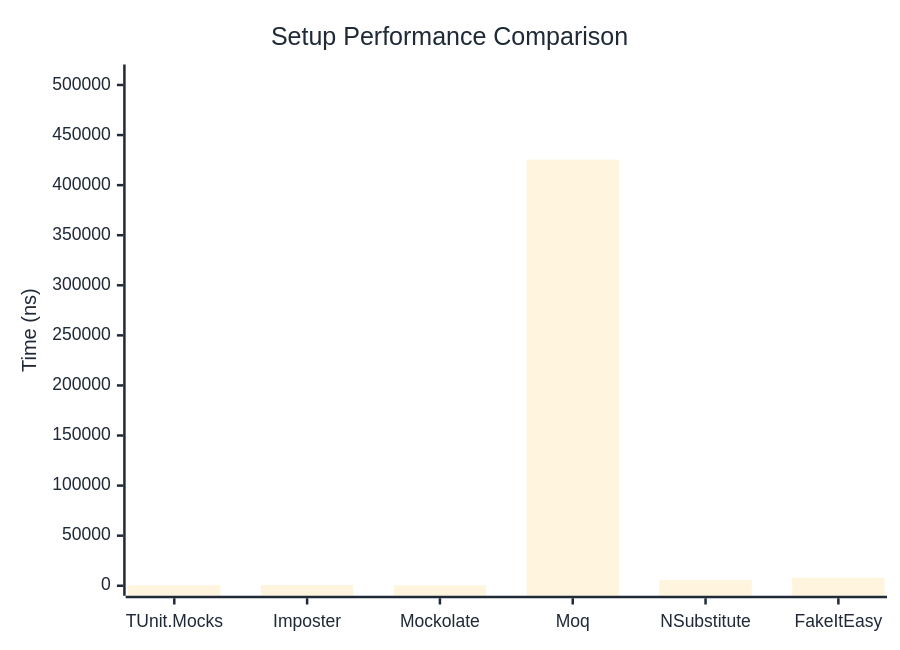
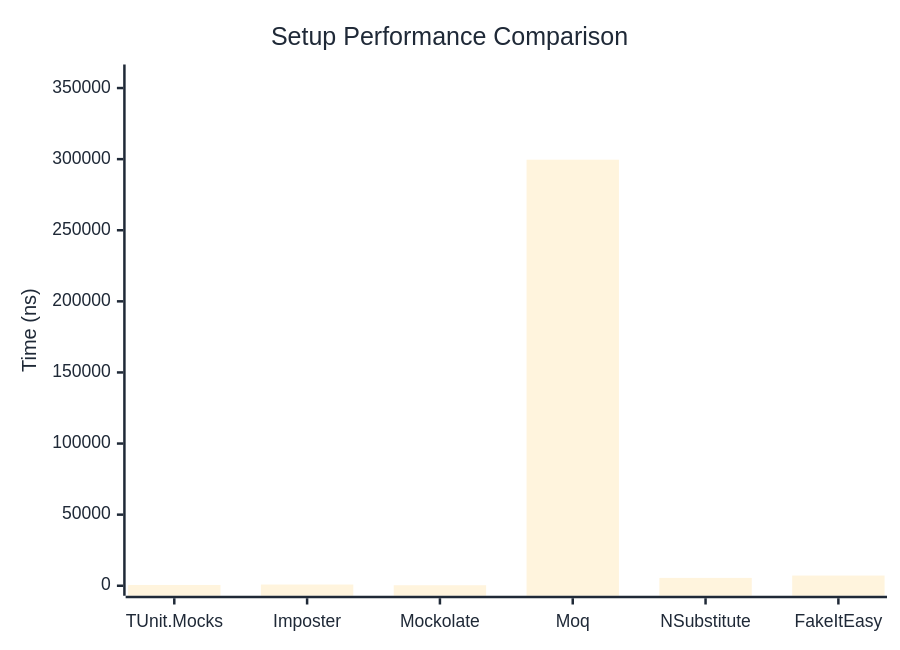
Before and after one commit to thomhurst/TUnit: the first of 2 diagrams in docs/docs/benchmarks/mocks/Setup.md, drawn with Mermaid. The commit also changed other lines of this file and 14 other files, not shown here.

````diff
--- a/docs/docs/benchmarks/mocks/Setup.md
+++ b/docs/docs/benchmarks/mocks/Setup.md
@@ -30,27 +30,27 @@
 ```mermaid
 %%{init: {
   'theme':'base',
   'themeVariables': {
     'primaryColor': '#2563eb',
     'primaryTextColor': '#1f2937',
     'primaryBorderColor': '#1e40af',
     'lineColor': '#6b7280',
     'secondaryColor': '#7c3aed',
     'tertiaryColor': '#dc2626',
     'background': '#ffffff',
     'pie1': '#2563eb',
     'pie2': '#7c3aed',
     'pie3': '#dc2626',
     'pie4': '#f59e0b',
     'pie5': '#10b981',
     'pie6': '#06b6d4',
     'pie7': '#ec4899',
     'pie8': '#6366f1'
   }
 }}%%
 xychart-beta
   title "Setup Performance Comparison"
   x-axis ["TUnit.Mocks", "Imposter", "Mockolate", "Moq", "NSubstitute", "FakeItEasy"]
-  y-axis "Time (ns)" 0 --> 510465
-  bar [504.2, 768.6, 329.3, 425387.1, 5638.5, 7974.2]
+  y-axis "Time (ns)" 0 --> 359525
+  bar [550.6, 866.1, 362.6, 299603.9, 5507, 7174.5]
 ```
````
